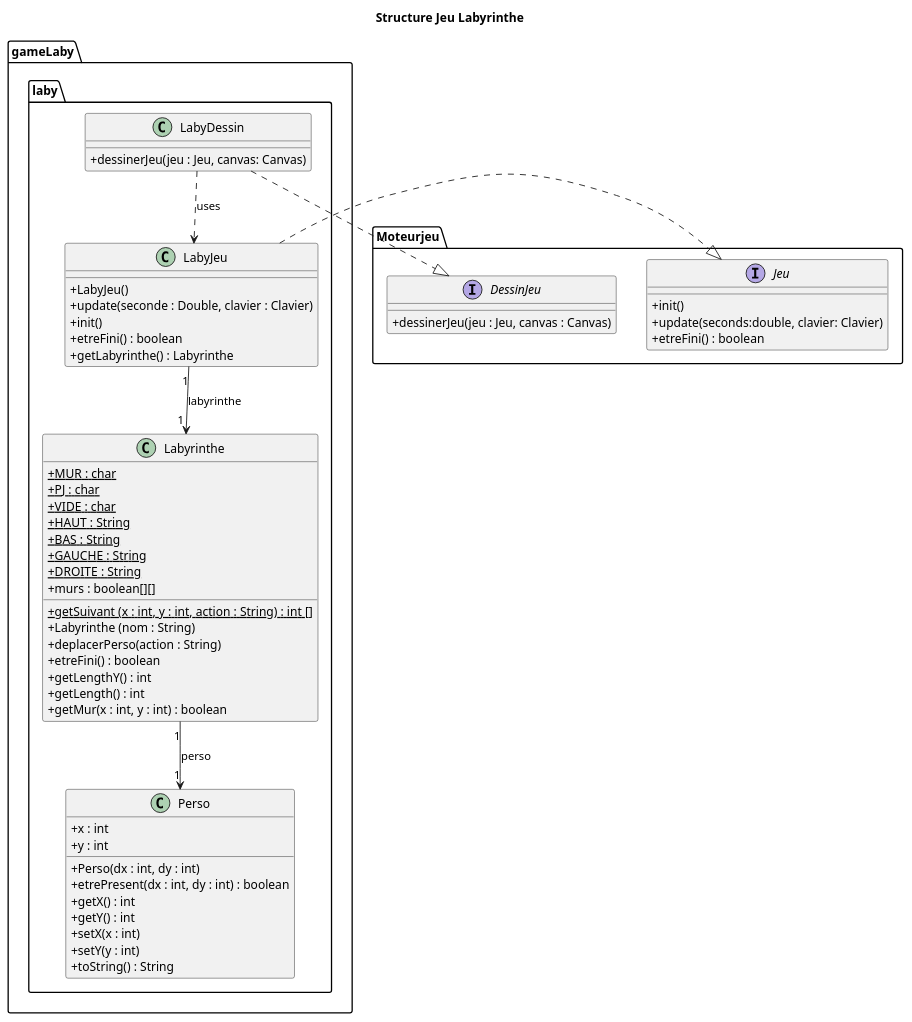
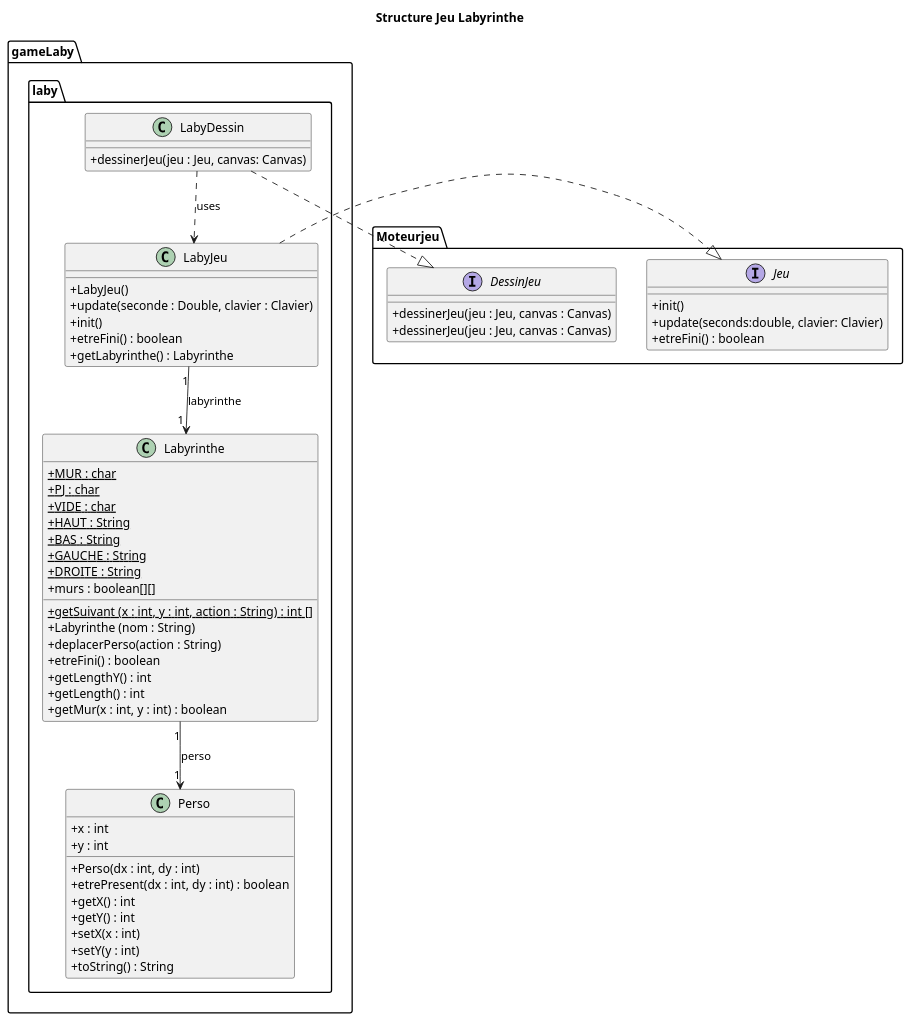
The diagram in documents/version_1/diagrammeClasseLabyJeu.puml (TanguyFox/2022_Zeldiablo_renard136u_seiler33u_serrier26u_arcelin1u), drawn with PlantUML before and after one commit. The commit also changed 6 other files, not shown here.

```diff
--- a/documents/version_1/diagrammeClasseLabyJeu.puml
+++ b/documents/version_1/diagrammeClasseLabyJeu.puml
@@ -1,72 +1,75 @@
 @startuml
 'https://plantuml.com/class-diagram
 
 title Structure Jeu Labyrinthe
 
 
 package gameLaby.laby{
 skinparam classAttributeIconSize 0
 class Labyrinthe{
 + {static} MUR : char
 + {static} PJ : char
 + {static} VIDE : char
 + {static} HAUT : String
 + {static} BAS : String
 + {static} GAUCHE : String
 + {static} DROITE : String
 + murs : boolean[][]
 + {static} getSuivant (x : int, y : int, action : String) : int []
 + Labyrinthe (nom : String)
 + deplacerPerso(action : String)
 + etreFini() : boolean
 + getLengthY() : int
 + getLength() : int
 + getMur(x : int, y : int) : boolean
 }
 
 class LabyJeu{
 +LabyJeu()
 +update(seconde : Double, clavier : Clavier)
 +init()
 +etreFini() : boolean
 +getLabyrinthe() : Labyrinthe
 }
 class LabyDessin{
 +dessinerJeu(jeu : Jeu, canvas: Canvas)
 }
 
 
 class Perso {
 + x : int
 + y : int
 + Perso(dx : int, dy : int)
 + etrePresent(dx : int, dy : int) : boolean
 + getX() : int
 + getY() : int
 + setX(x : int)
 + setY(y : int)
 + toString() : String
 }
 }
 
 package Moteurjeu{
+interface DessinJeu{
++ dessinerJeu(jeu : Jeu, canvas : Canvas)
+}
 interface Jeu{
 + init()
 +update(seconds:double, clavier: Clavier)
 +etreFini() : boolean
 }
 
 interface DessinJeu{
 + dessinerJeu(jeu : Jeu, canvas : Canvas)
 }
 }
 
 
 LabyJeu .|> Jeu
 LabyDessin ..|> DessinJeu
 LabyJeu "1" --> "1 " Labyrinthe : labyrinthe
 Labyrinthe "1" --> "1" Perso : perso
 LabyDessin ..> LabyJeu : uses
 
 
 @enduml
```
